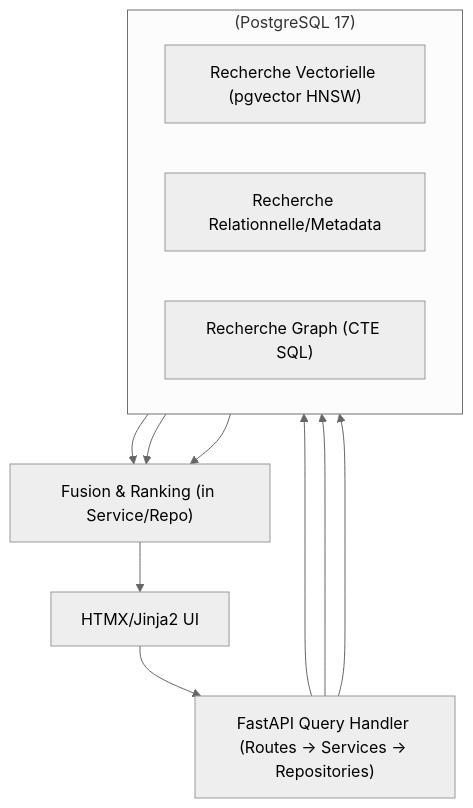
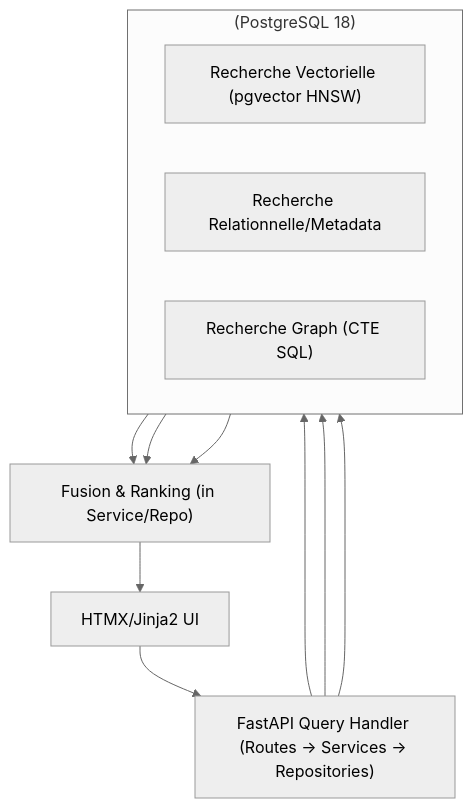
One commit to giak/mnemo-lite changed the second of 8 diagrams in docs/Document Architecture.md. Above: the diagram before and after it, drawn with Mermaid (neutral theme). The commit also changed other lines of this file and 9 other files, not shown here.

````diff
--- a/docs/Document Architecture.md
+++ b/docs/Document Architecture.md
@@ -41,21 +57,21 @@
 ```mermaid
 flowchart TD
   UI["HTMX/Jinja2 UI"] --> FastAPI_Query["FastAPI Query Handler (Routes -> Services -> Repositories)"]
   
-  subgraph PostgreSQL_17 ["(PostgreSQL 17)"]
+  subgraph PostgreSQL_18 ["(PostgreSQL 18)"]
      direction LR
      PG_VectorSearch["Recherche Vectorielle (pgvector HNSW)"]
      PG_SQLSearch["Recherche Relationnelle/Metadata"]
      PG_GraphSearch["Recherche Graph (CTE SQL)"]
   end
 
   FastAPI_Query --> PG_VectorSearch
   FastAPI_Query --> PG_SQLSearch
   FastAPI_Query --> PG_GraphSearch
 
   PG_VectorSearch --> Fusion["Fusion & Ranking (in Service/Repo)"]
   PG_SQLSearch --> Fusion
   PG_GraphSearch --> Fusion
   
   Fusion --> UI
 ```
````
